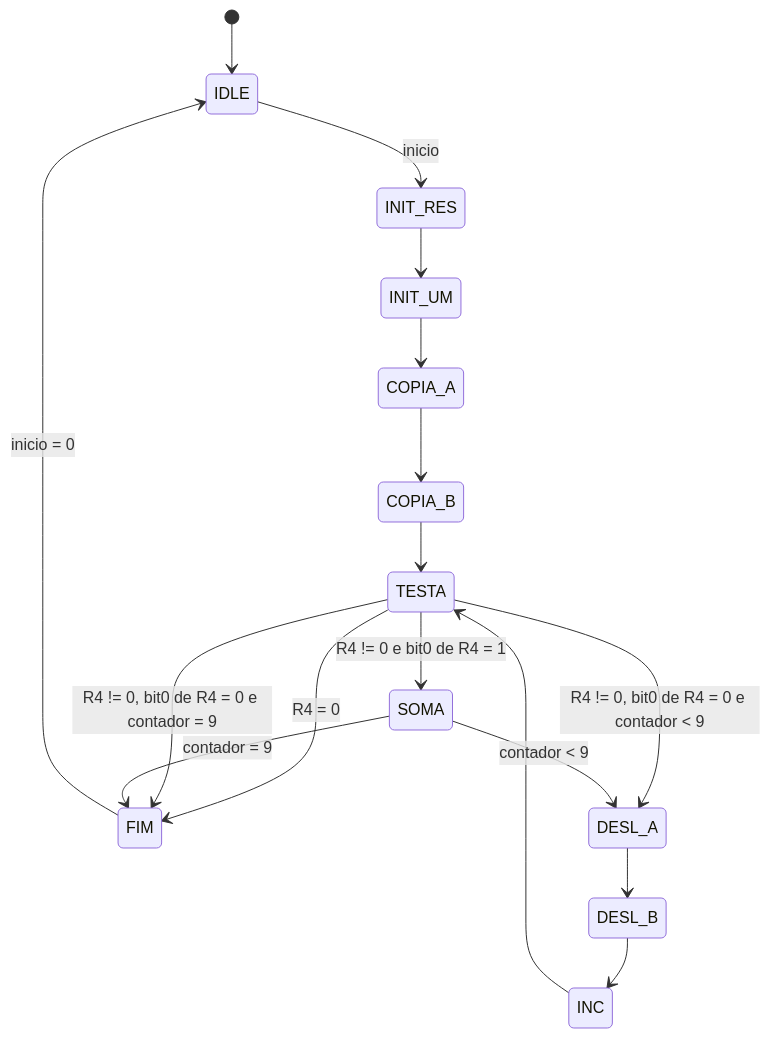
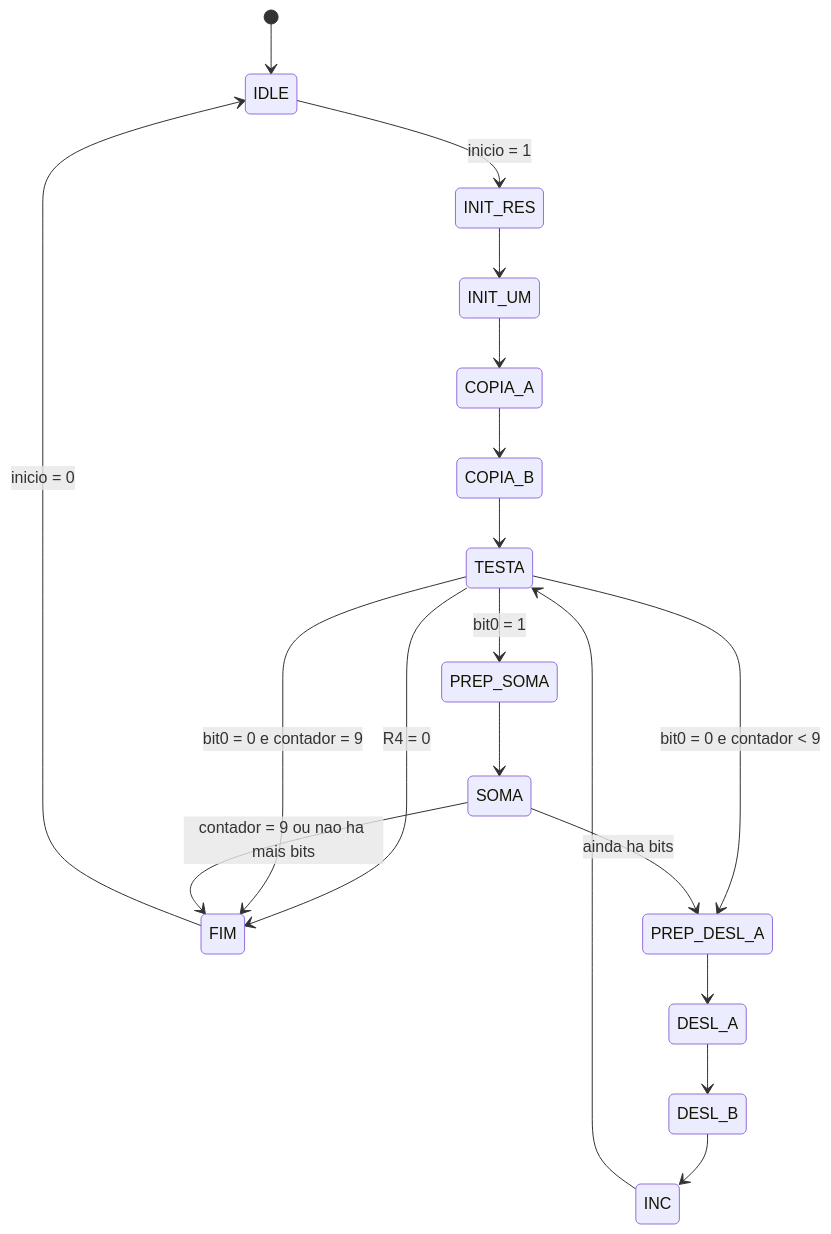
Before and after one commit to brunovjkedu/atividade-fsm-datapath: the diagram in Atividade_1_Multiplicacao/relatorio_atividade1.md, drawn with Mermaid. The commit also changed other lines of this file and 7 other files, not shown here.

````diff
--- a/Atividade_1_Multiplicacao/relatorio_atividade1.md
+++ b/Atividade_1_Multiplicacao/relatorio_atividade1.md
@@ -21,19 +5,25 @@
 ```mermaid
 stateDiagram-v2
     [*] --> IDLE
-    IDLE --> INIT_RES: inicio
+    IDLE --> INIT_RES: inicio = 1
     INIT_RES --> INIT_UM
     INIT_UM --> COPIA_A
     COPIA_A --> COPIA_B
     COPIA_B --> TESTA
+
     TESTA --> FIM: R4 = 0
-    TESTA --> SOMA: R4 != 0 e bit0 de R4 = 1
-    TESTA --> DESL_A: R4 != 0, bit0 de R4 = 0 e contador < 9
-    TESTA --> FIM: R4 != 0, bit0 de R4 = 0 e contador = 9
-    SOMA --> DESL_A: contador < 9
-    SOMA --> FIM: contador = 9
+    TESTA --> PREP_DESL_A: bit0 = 0 e contador < 9
+    TESTA --> FIM: bit0 = 0 e contador = 9
+    TESTA --> PREP_SOMA: bit0 = 1
+
+    PREP_SOMA --> SOMA
+    SOMA --> FIM: contador = 9 ou nao ha mais bits
+    SOMA --> PREP_DESL_A: ainda ha bits
+
+    PREP_DESL_A --> DESL_A
     DESL_A --> DESL_B
     DESL_B --> INC
     INC --> TESTA
+
     FIM --> IDLE: inicio = 0
 ```
````
